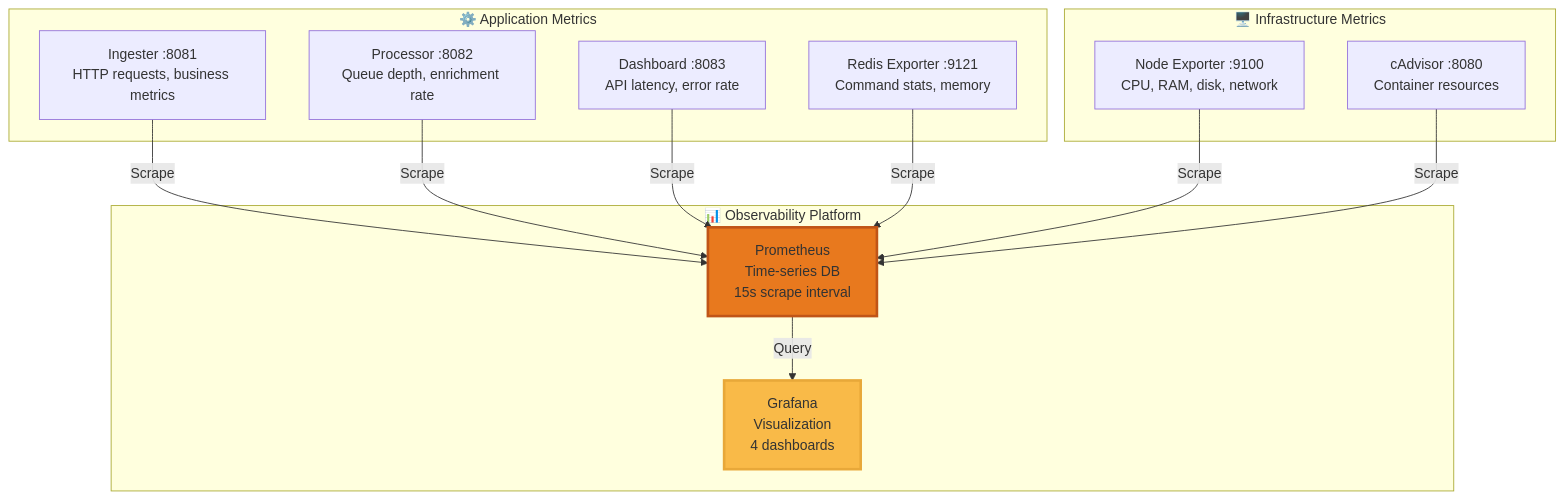
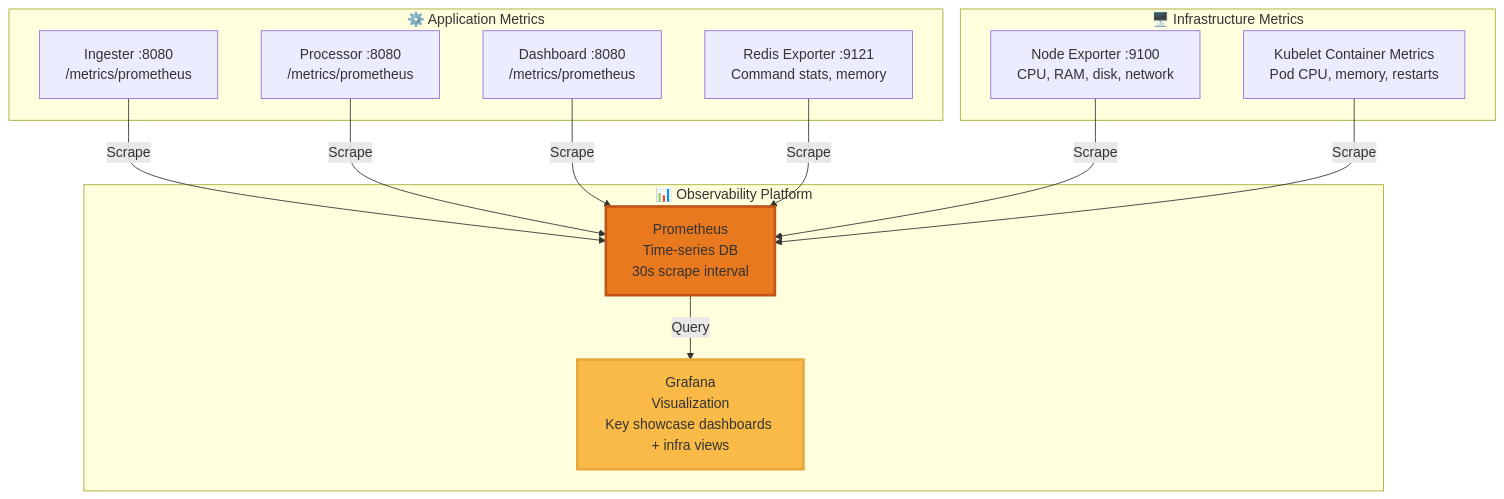
One commit to ClementV78/CloudRadar changed the ninth of 10 diagrams in docs/architecture/technical-architecture-summary.md. Above: the diagram before and after it, drawn with Mermaid. The commit also changed other lines of this file and 1 other file, not shown here.

First line of the commit message:
docs(architecture): align technical architecture docs

````diff
--- a/docs/architecture/technical-architecture-summary.md
+++ b/docs/architecture/technical-architecture-summary.md
@@ -394,31 +414,31 @@
 ```mermaid
 graph TB
     subgraph Apps["⚙️ Application Metrics"]
-        ING[Ingester :8081<br/>HTTP requests, business metrics]
-        PROC[Processor :8082<br/>Queue depth, enrichment rate]
-        DASH[Dashboard :8083<br/>API latency, error rate]
+        ING[Ingester :8080<br/>/metrics/prometheus]
+        PROC[Processor :8080<br/>/metrics/prometheus]
+        DASH[Dashboard :8080<br/>/metrics/prometheus]
         REDIS[Redis Exporter :9121<br/>Command stats, memory]
     end
     
     subgraph Infra["🖥️ Infrastructure Metrics"]
         NODE[Node Exporter :9100<br/>CPU, RAM, disk, network]
-        CADV[cAdvisor :8080<br/>Container resources]
+        CADV[Kubelet Container Metrics<br/>Pod CPU, memory, restarts]
     end
     
     subgraph Platform["📊 Observability Platform"]
-        PROM[Prometheus<br/>Time-series DB<br/>15s scrape interval]
-        GRAF[Grafana<br/>Visualization<br/>4 dashboards]
+        PROM[Prometheus<br/>Time-series DB<br/>30s scrape interval]
+        GRAF[Grafana<br/>Visualization<br/>Key showcase dashboards + infra views]
     end
     
     ING -->|Scrape| PROM
     PROC -->|Scrape| PROM
     DASH -->|Scrape| PROM
     REDIS -->|Scrape| PROM
     NODE -->|Scrape| PROM
     CADV -->|Scrape| PROM
     
     PROM -->|Query| GRAF
     
     style PROM fill:#e8791e,stroke:#c05517,stroke-width:3px
     style GRAF fill:#f9ba48,stroke:#e8a839,stroke-width:3px
 ```
````
